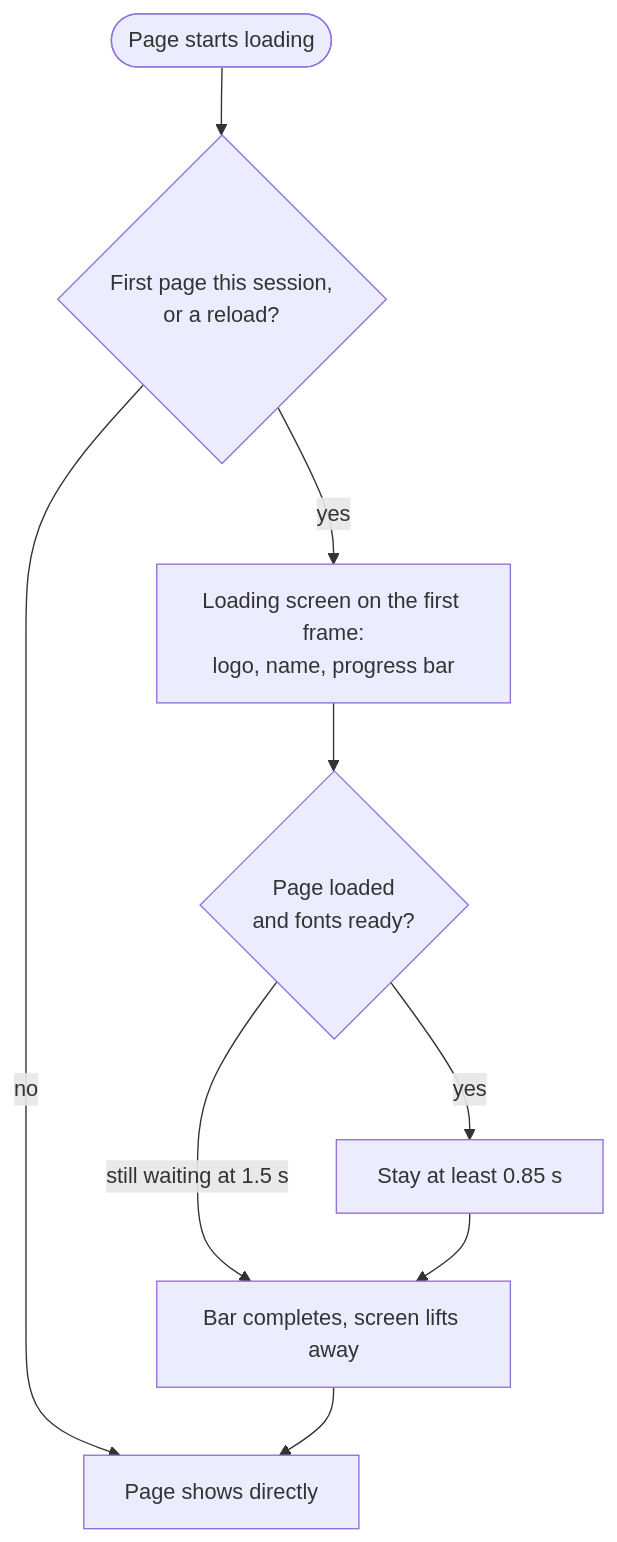
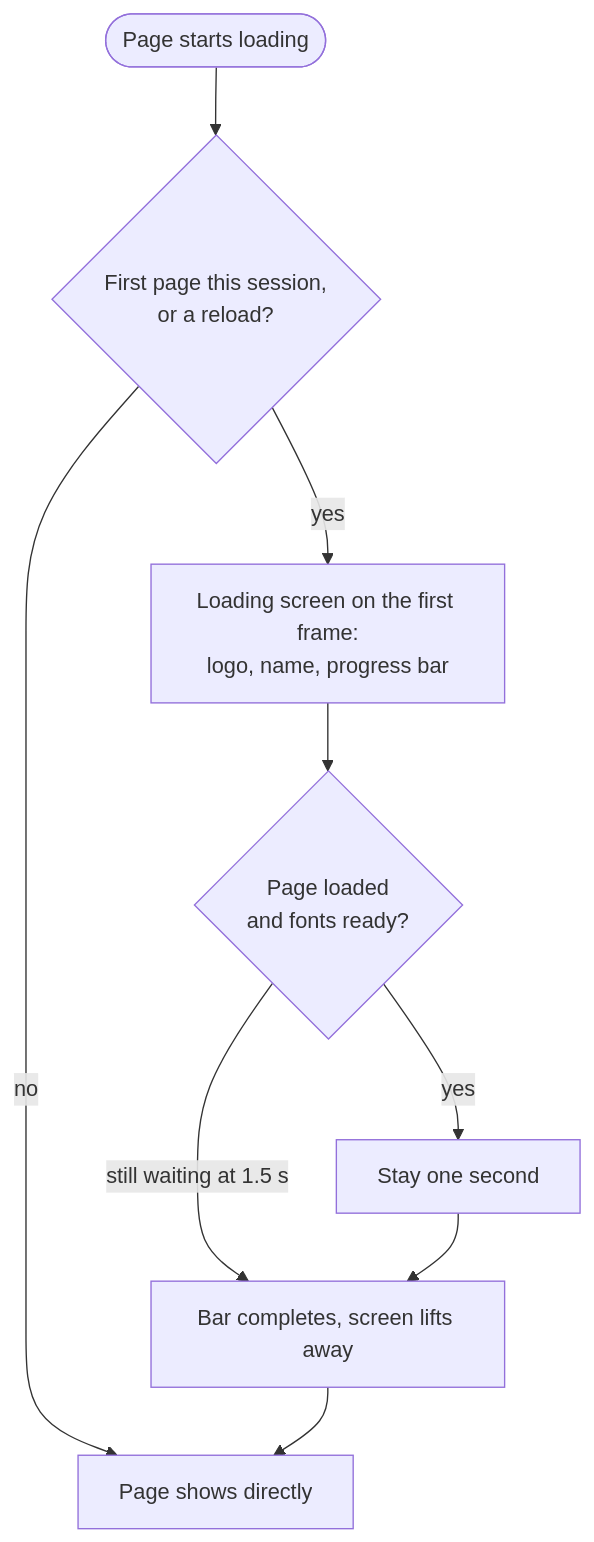
One commit to The-Dark-Ranger/Jeddah-Hub changed diagram 11 of 12 in docs/HOW-IT-WORKS.md. Above: the diagram before and after it, drawn with Mermaid. The commit also changed other lines of this file and 65 other files, not shown here.

````diff
--- a/docs/HOW-IT-WORKS.md
+++ b/docs/HOW-IT-WORKS.md
@@ -304,11 +306,11 @@
 ```mermaid
 flowchart TD
     L([Page starts loading]) --> Q{First page this session,<br/>or a reload?}
     Q -->|no| PAGE[Page shows directly]
     Q -->|yes| SP[Loading screen on the first frame:<br/>logo, name, progress bar]
     SP --> R{Page loaded<br/>and fonts ready?}
-    R -->|yes| MIN[Stay at least 0.85 s]
+    R -->|yes| MIN[Stay one second]
     R -->|still waiting at 1.5 s| GO
     MIN --> GO[Bar completes, screen lifts away]
     GO --> PAGE
 ```
````
